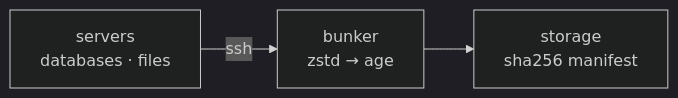
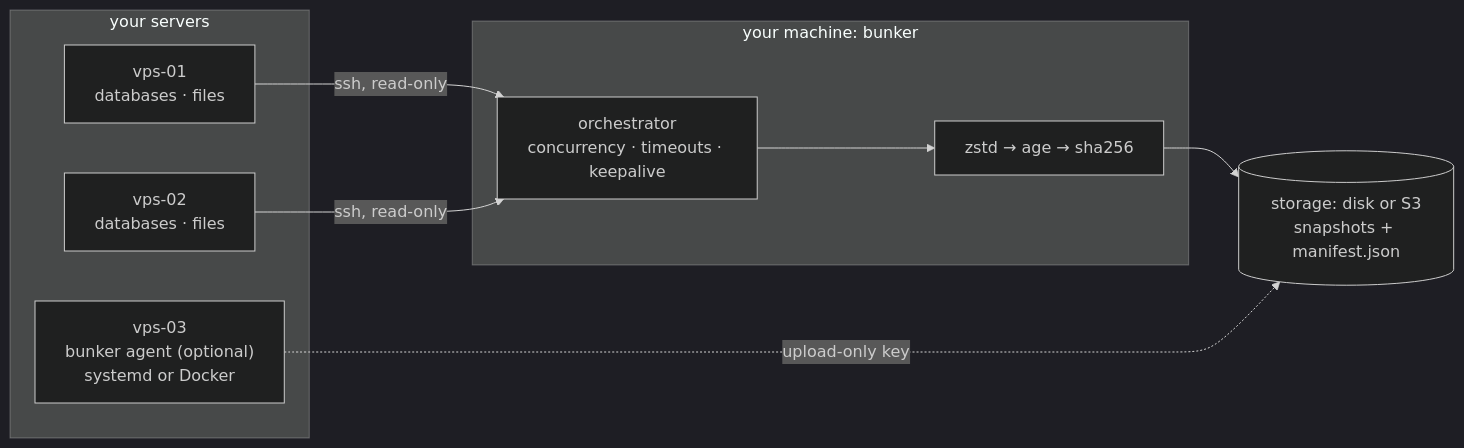
The diagram in docs/index.md (kushal1o1/bunker), drawn with Mermaid (dark theme) before and after one commit. The commit also changed other lines of this file and 3 other files, not shown here.

Commit message:
docs: update mermaid to include agent mode

````diff
--- a/docs/index.md
+++ b/docs/index.md
@@ -16,4 +20,16 @@
 ```mermaid
 flowchart LR
-    A["servers<br/>databases · files"] -->|ssh| B["bunker<br/>zstd → age"] --> C["storage<br/>sha256 manifest"]
+    subgraph fleet["your servers"]
+        V1["vps-01<br/>databases · files"]
+        V2["vps-02<br/>databases · files"]
+        V3["vps-03<br/>bunker agent (optional)<br/>systemd or Docker"]
+    end
+    subgraph you["your machine: bunker"]
+        O["orchestrator<br/>concurrency · timeouts · keepalive"]
+        P["zstd → age → sha256"]
+    end
+    V1 -->|ssh, read-only| O
+    V2 -->|ssh, read-only| O
+    O --> P --> S[("storage: disk or S3<br/>snapshots + manifest.json")]
+    V3 -.->|upload-only key| S
 ```
````
